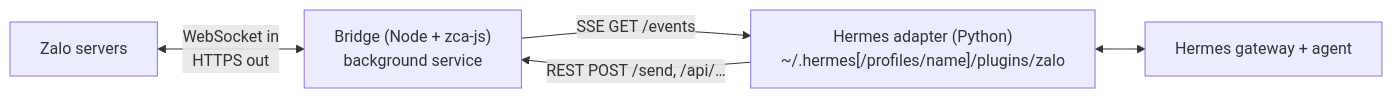
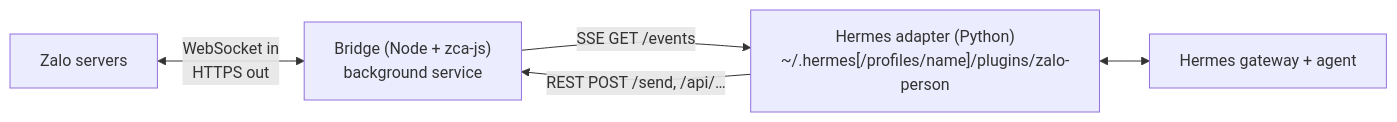
Before and after one commit to pdt590/chatbot-personal-zalo-hermes: the diagram in README.md, drawn with Mermaid. The commit also changed other lines of this file and 33 other files, not shown here.

````diff
--- a/README.md
+++ b/README.md
@@ -74,7 +74,7 @@
 ```mermaid
 flowchart LR
   Z[Zalo servers] <-- "WebSocket in<br/>HTTPS out" --> B["Bridge (Node + zca-js)<br/>background service"]
-  B -- "SSE  GET /events" --> A["Hermes adapter (Python)<br/>~/.hermes[/profiles/name]/plugins/zalo"]
+  B -- "SSE  GET /events" --> A["Hermes adapter (Python)<br/>~/.hermes[/profiles/name]/plugins/zalo-person"]
   A -- "REST  POST /send, /api/…" --> B
   A <--> H[Hermes gateway + agent]
 ```
````
